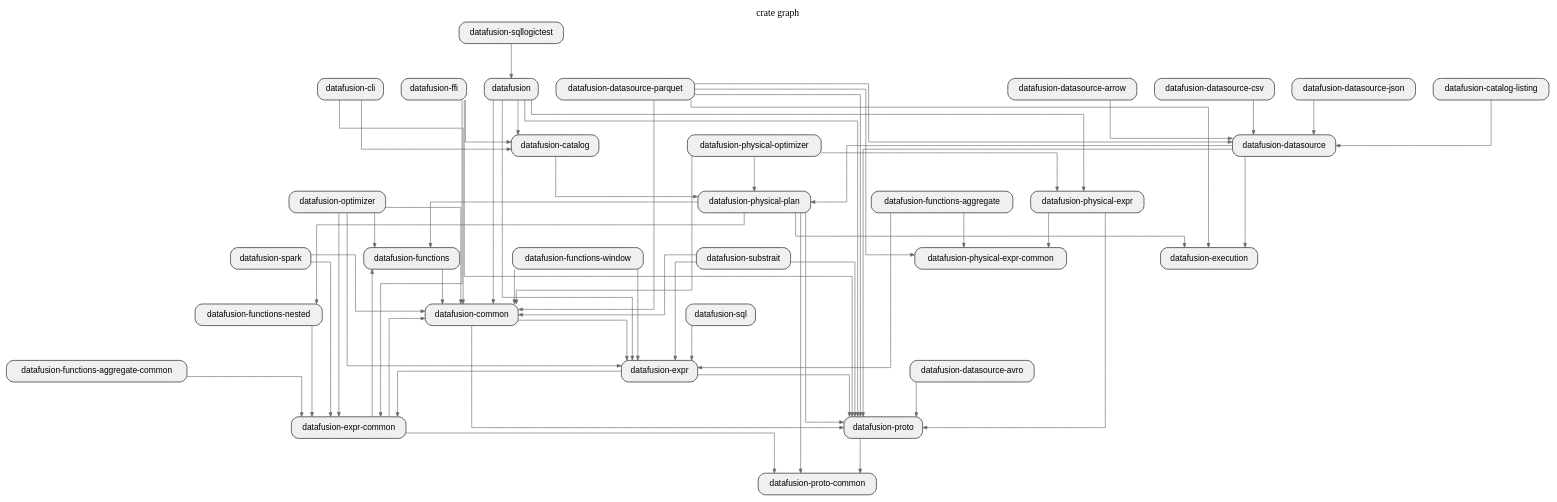
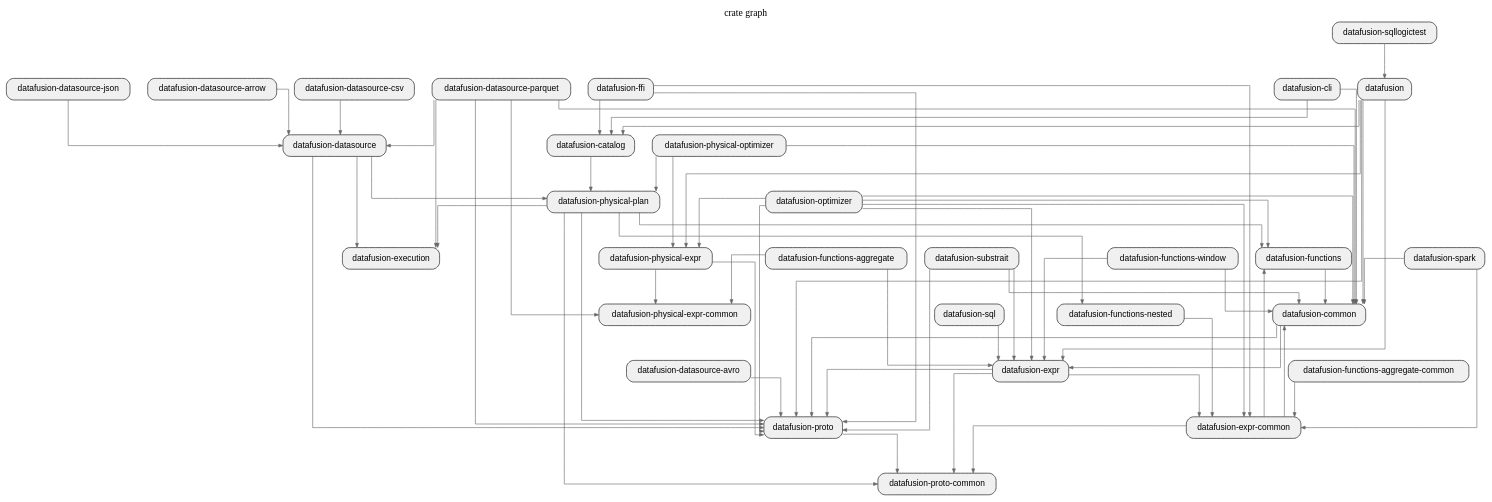
The diagram in sample/datafusion/depth_1_crate.dot (allenanswerzq/llmcc), drawn with Graphviz before and after one commit. The commit also changed 165 other files, not shown here.

```diff
--- a/sample/datafusion/depth_1_crate.dot
+++ b/sample/datafusion/depth_1_crate.dot
@@ -1,109 +1,110 @@
 digraph architecture {
   // Layout settings
   rankdir=TB;
   ranksep=0.8;
   nodesep=0.4;
   splines=ortho;
   concentrate=true;
 
   node [shape=box, style="rounded,filled", fillcolor="#f0f0f0", fontname="Helvetica"];
   edge [color="#666666", arrowsize=0.7];
 
   label="crate graph";
   labelloc=t;
   fontsize=16;
   fontname="Helvetica Bold";
 
   crate_datafusion[label="datafusion"];
   crate_datafusion_catalog[label="datafusion-catalog"];
-  crate_datafusion_catalog_listing[label="datafusion-catalog-listing"];
   crate_datafusion_cli[label="datafusion-cli"];
   crate_datafusion_common[label="datafusion-common"];
   crate_datafusion_datasource[label="datafusion-datasource"];
   crate_datafusion_datasource_arrow[label="datafusion-datasource-arrow"];
   crate_datafusion_datasource_avro[label="datafusion-datasource-avro"];
   crate_datafusion_datasource_csv[label="datafusion-datasource-csv"];
   crate_datafusion_datasource_json[label="datafusion-datasource-json"];
   crate_datafusion_datasource_parquet[label="datafusion-datasource-parquet"];
   crate_datafusion_execution[label="datafusion-execution"];
   crate_datafusion_expr[label="datafusion-expr"];
   crate_datafusion_expr_common[label="datafusion-expr-common"];
   crate_datafusion_ffi[label="datafusion-ffi"];
   crate_datafusion_functions[label="datafusion-functions"];
   crate_datafusion_functions_aggregate[label="datafusion-functions-aggregate"];
   crate_datafusion_functions_aggregate_common[label="datafusion-functions-aggregate-common"];
   crate_datafusion_functions_nested[label="datafusion-functions-nested"];
   crate_datafusion_functions_window[label="datafusion-functions-window"];
   crate_datafusion_optimizer[label="datafusion-optimizer"];
   crate_datafusion_physical_expr[label="datafusion-physical-expr"];
   crate_datafusion_physical_expr_common[label="datafusion-physical-expr-common"];
   crate_datafusion_physical_optimizer[label="datafusion-physical-optimizer"];
   crate_datafusion_physical_plan[label="datafusion-physical-plan"];
   crate_datafusion_proto[label="datafusion-proto"];
   crate_datafusion_proto_common[label="datafusion-proto-common"];
   crate_datafusion_spark[label="datafusion-spark"];
   crate_datafusion_sql[label="datafusion-sql"];
   crate_datafusion_sqllogictest[label="datafusion-sqllogictest"];
   crate_datafusion_substrait[label="datafusion-substrait"];
 
   crate_datafusion -> crate_datafusion_catalog;
   crate_datafusion -> crate_datafusion_common;
   crate_datafusion -> crate_datafusion_expr;
   crate_datafusion -> crate_datafusion_physical_expr;
   crate_datafusion -> crate_datafusion_proto;
   crate_datafusion_catalog -> crate_datafusion_physical_plan;
-  crate_datafusion_catalog_listing -> crate_datafusion_datasource;
   crate_datafusion_cli -> crate_datafusion_catalog;
   crate_datafusion_cli -> crate_datafusion_common;
   crate_datafusion_common -> crate_datafusion_expr;
   crate_datafusion_common -> crate_datafusion_proto;
   crate_datafusion_datasource -> crate_datafusion_execution;
   crate_datafusion_datasource -> crate_datafusion_physical_plan;
   crate_datafusion_datasource -> crate_datafusion_proto;
   crate_datafusion_datasource_arrow -> crate_datafusion_datasource;
   crate_datafusion_datasource_avro -> crate_datafusion_proto;
   crate_datafusion_datasource_csv -> crate_datafusion_datasource;
   crate_datafusion_datasource_json -> crate_datafusion_datasource;
   crate_datafusion_datasource_parquet -> crate_datafusion_common;
   crate_datafusion_datasource_parquet -> crate_datafusion_datasource;
   crate_datafusion_datasource_parquet -> crate_datafusion_execution;
   crate_datafusion_datasource_parquet -> crate_datafusion_physical_expr_common;
   crate_datafusion_datasource_parquet -> crate_datafusion_proto;
   crate_datafusion_expr -> crate_datafusion_expr_common;
   crate_datafusion_expr -> crate_datafusion_proto;
+  crate_datafusion_expr -> crate_datafusion_proto_common;
   crate_datafusion_expr_common -> crate_datafusion_common;
   crate_datafusion_expr_common -> crate_datafusion_functions;
   crate_datafusion_expr_common -> crate_datafusion_proto_common;
   crate_datafusion_ffi -> crate_datafusion_catalog;
   crate_datafusion_ffi -> crate_datafusion_expr_common;
   crate_datafusion_ffi -> crate_datafusion_proto;
   crate_datafusion_functions -> crate_datafusion_common;
   crate_datafusion_functions_aggregate -> crate_datafusion_expr;
   crate_datafusion_functions_aggregate -> crate_datafusion_physical_expr_common;
   crate_datafusion_functions_aggregate_common -> crate_datafusion_expr_common;
   crate_datafusion_functions_nested -> crate_datafusion_expr_common;
   crate_datafusion_functions_window -> crate_datafusion_common;
   crate_datafusion_functions_window -> crate_datafusion_expr;
   crate_datafusion_optimizer -> crate_datafusion_common;
   crate_datafusion_optimizer -> crate_datafusion_expr;
   crate_datafusion_optimizer -> crate_datafusion_expr_common;
   crate_datafusion_optimizer -> crate_datafusion_functions;
+  crate_datafusion_optimizer -> crate_datafusion_physical_expr;
+  crate_datafusion_optimizer -> crate_datafusion_proto;
   crate_datafusion_physical_expr -> crate_datafusion_physical_expr_common;
   crate_datafusion_physical_expr -> crate_datafusion_proto;
   crate_datafusion_physical_optimizer -> crate_datafusion_common;
   crate_datafusion_physical_optimizer -> crate_datafusion_physical_expr;
   crate_datafusion_physical_optimizer -> crate_datafusion_physical_plan;
   crate_datafusion_physical_plan -> crate_datafusion_execution;
   crate_datafusion_physical_plan -> crate_datafusion_functions;
   crate_datafusion_physical_plan -> crate_datafusion_functions_nested;
   crate_datafusion_physical_plan -> crate_datafusion_proto;
   crate_datafusion_physical_plan -> crate_datafusion_proto_common;
   crate_datafusion_proto -> crate_datafusion_proto_common;
   crate_datafusion_spark -> crate_datafusion_common;
   crate_datafusion_spark -> crate_datafusion_expr_common;
   crate_datafusion_sql -> crate_datafusion_expr;
   crate_datafusion_sqllogictest -> crate_datafusion;
   crate_datafusion_substrait -> crate_datafusion_common;
   crate_datafusion_substrait -> crate_datafusion_expr;
   crate_datafusion_substrait -> crate_datafusion_proto;
 }
```
